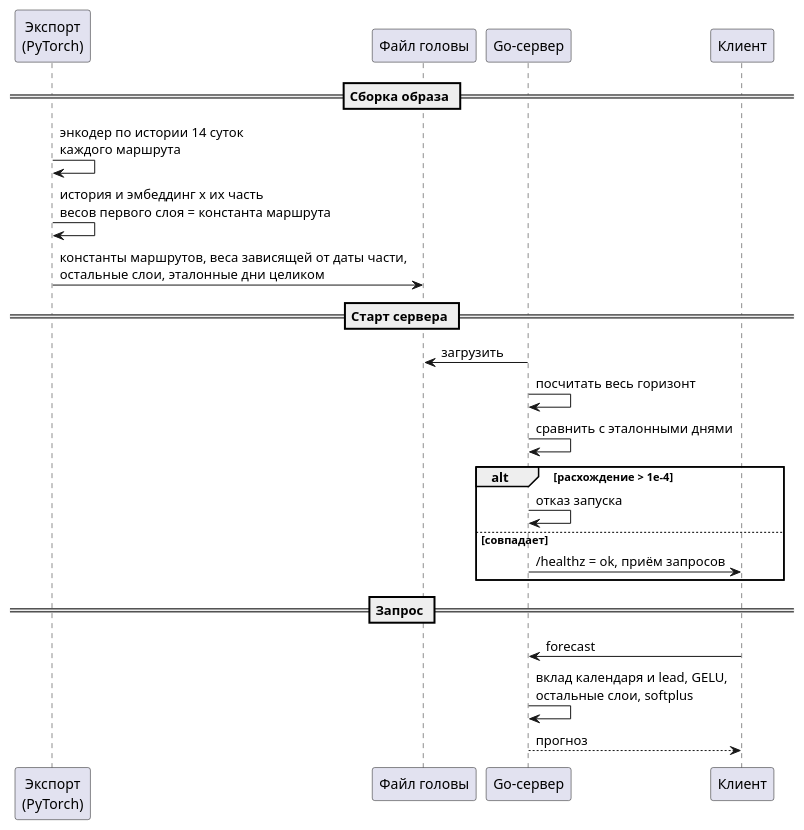
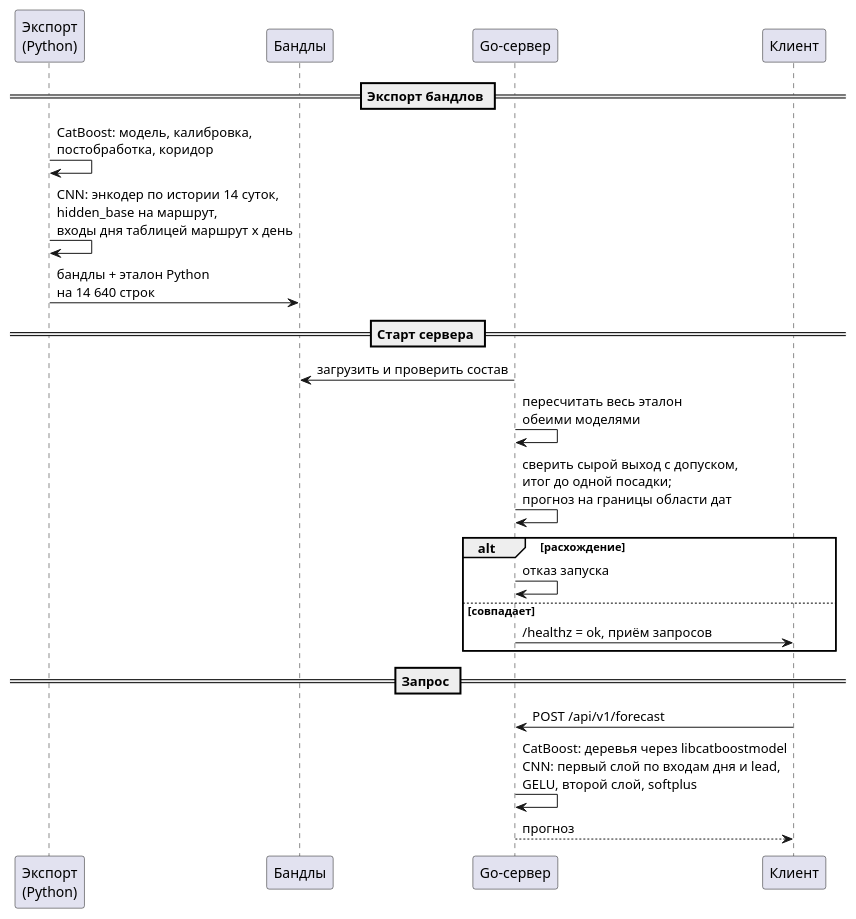
Before and after one commit to George573/trans_predicting: the diagram in final/docs/diagrams/startup-check.puml, drawn with PlantUML. The commit also changed 11 other files, not shown here.

Commit message:
docs: redrew the service diagrams for the two-model API

```diff
--- a/final/docs/diagrams/startup-check.puml
+++ b/final/docs/diagrams/startup-check.puml
@@ -1,25 +1,25 @@
 @startuml
 skinparam shadowing false
 skinparam defaultFontName Helvetica
-participant "Экспорт\n(PyTorch)" as py
-participant "Файл головы" as f
+participant "Экспорт\n(Python)" as py
+participant "Бандлы" as f
 participant "Go-сервер" as go
 participant "Клиент" as cl
-== Сборка образа ==
-py -> py : энкодер по истории 14 суток\nкаждого маршрута
-py -> py : история и эмбеддинг x их часть\nвесов первого слоя = константа маршрута
-py -> f : константы маршрутов, веса зависящей от даты части,\nостальные слои, эталонные дни целиком
+== Экспорт бандлов ==
+py -> py : CatBoost: модель, калибровка,\nпостобработка, коридор
+py -> py : CNN: энкодер по истории 14 суток,\nhidden_base на маршрут,\nвходы дня таблицей маршрут x день
+py -> f : бандлы + эталон Python\nна 14 640 строк
 == Старт сервера ==
-go -> f : загрузить
-go -> go : посчитать весь горизонт
-go -> go : сравнить с эталонными днями
-alt расхождение > 1e-4
+go -> f : загрузить и проверить состав
+go -> go : пересчитать весь эталон\nобеими моделями
+go -> go : сверить сырой выход с допуском,\nитог до одной посадки;\nпрогноз на границы области дат
+alt расхождение
   go -> go : отказ запуска
 else совпадает
   go -> cl : /healthz = ok, приём запросов
 end
 == Запрос ==
-cl -> go : forecast
-go -> go : вклад календаря и lead, GELU,\nостальные слои, softplus
+cl -> go : POST /api/v1/forecast
+go -> go : CatBoost: деревья через libcatboostmodel\nCNN: первый слой по входам дня и lead,\nGELU, второй слой, softplus
 go --> cl : прогноз
 @enduml
```
